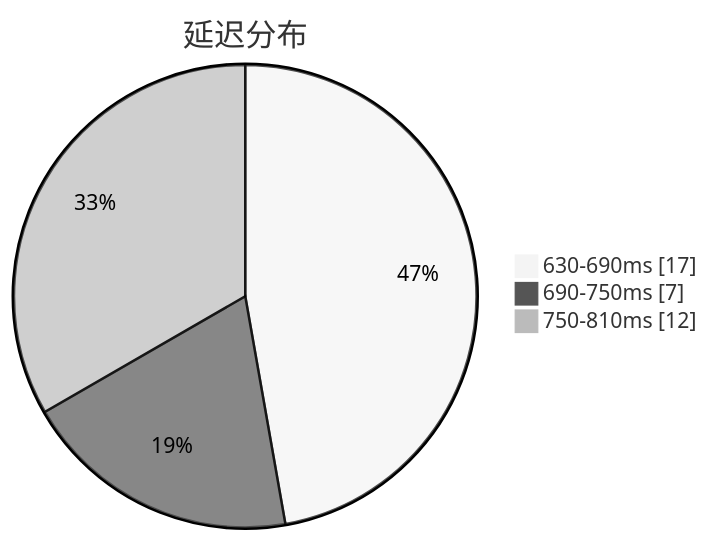
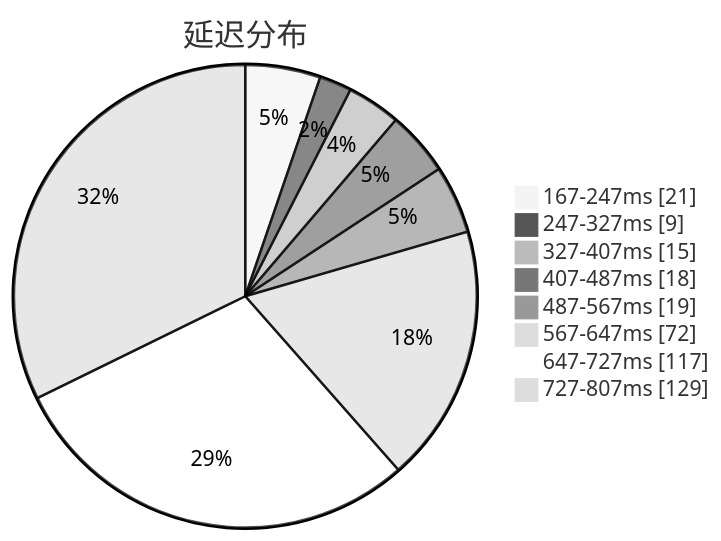
Before and after one commit to qjlxg/airport: the first of 3 diagrams in subs/statistics/tested_within.md, drawn with Mermaid (neutral theme). The commit also changed other lines of this file and 2 other files, not shown here.

Commit message:
Tested by metaST

````diff
--- a/subs/statistics/tested_within.md
+++ b/subs/statistics/tested_within.md
@@ -2,7 +2,12 @@
 ```mermaid
 pie showData
 title 延迟分布
-"630-690ms" : 17
-"690-750ms" : 7
-"750-810ms" : 12
+"167-247ms" : 21
+"247-327ms" : 9
+"327-407ms" : 15
+"407-487ms" : 18
+"487-567ms" : 19
+"567-647ms" : 72
+"647-727ms" : 117
+"727-807ms" : 129
 ```
````
